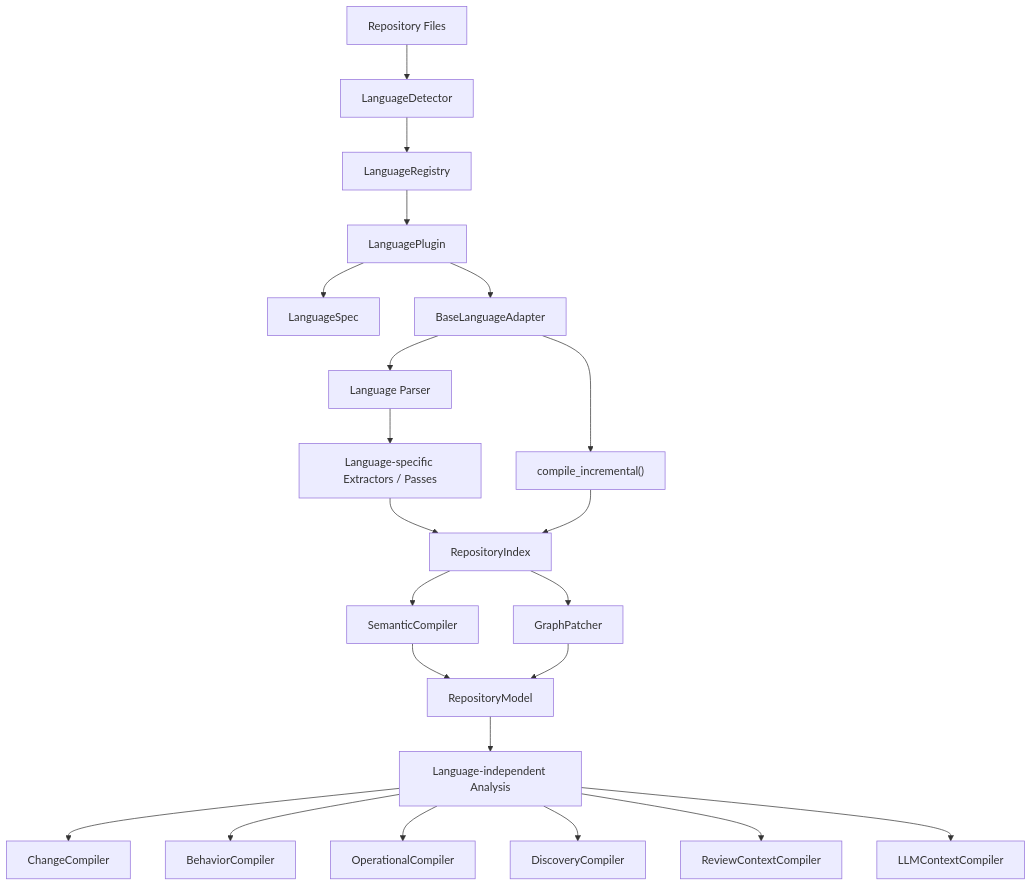
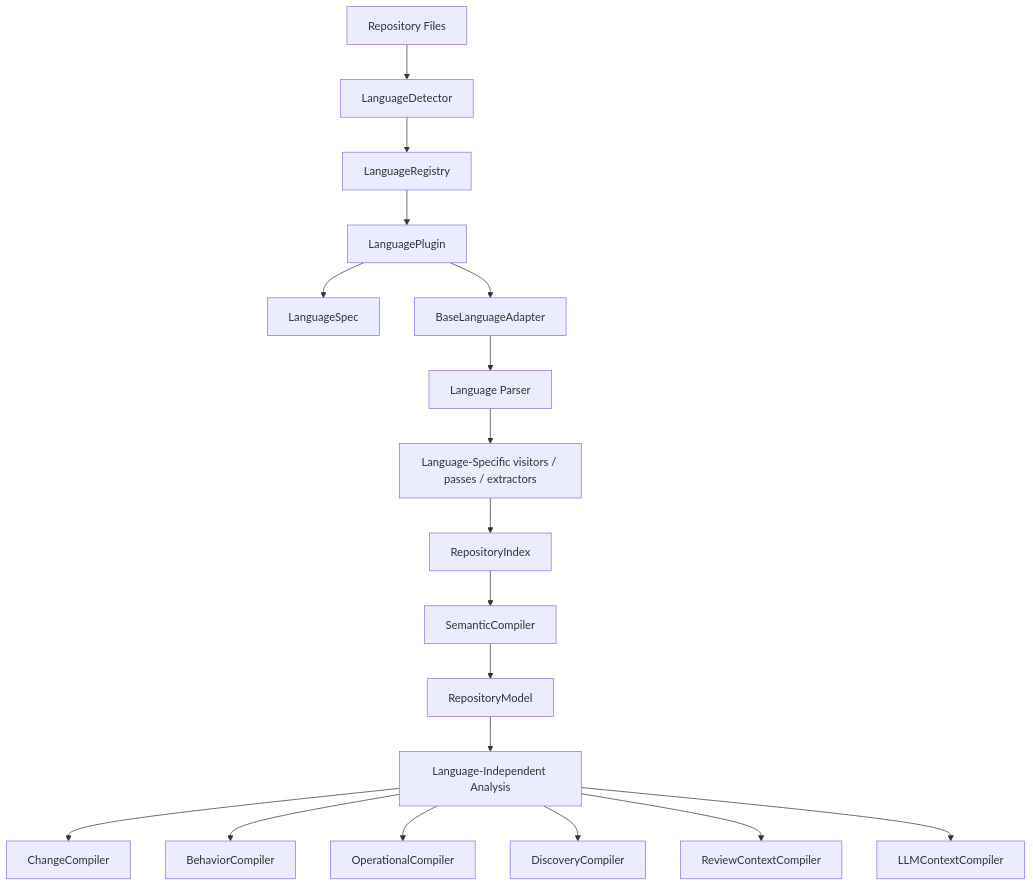
One commit to jishnusamal/cystatic-core changed the first of 2 diagrams in docs/architecture/adding-a-language.md. Above: the diagram before and after it, drawn with Mermaid. The commit also changed other lines of this file and 29 other files, not shown here.

Commit message:
feat: implement TypeScript language support including parser, call/type index passes, and modular extraction architecture.

````diff
--- a/docs/architecture/adding-a-language.md
+++ b/docs/architecture/adding-a-language.md
@@ -32,53 +15,46 @@
 ```mermaid
 flowchart TB
     Files["Repository Files"]
 
     Detection["LanguageDetector"]
     Registry["LanguageRegistry"]
     Plugin["LanguagePlugin"]
     Spec["LanguageSpec"]
     Adapter["BaseLanguageAdapter"]
     Parser["Language Parser"]
-    Extract["Language-specific Extractors / Passes"]
+    Extract["Language-Specific visitors / passes / extractors"]
     Index["RepositoryIndex"]
 
     Semantic["SemanticCompiler"]
     Model["RepositoryModel"]
-    Patch["GraphPatcher"]
-    Incremental["compile_incremental()"]
 
-    Analysis["Language-independent Analysis"]
+    Analysis["Language-Independent Analysis"]
     Change["ChangeCompiler"]
     Behavior["BehaviorCompiler"]
     Operational["OperationalCompiler"]
     Discovery["DiscoveryCompiler"]
     Review["ReviewContextCompiler"]
     LLM["LLMContextCompiler"]
 
     Files --> Detection
     Detection --> Registry
     Registry --> Plugin
     Plugin --> Spec
     Plugin --> Adapter
 
     Adapter --> Parser
     Parser --> Extract
     Extract --> Index
 
-    Adapter --> Incremental
-    Incremental --> Index
-    Index --> Patch
-
     Index --> Semantic
     Semantic --> Model
-    Patch --> Model
 
     Model --> Analysis
 
     Analysis --> Change
     Analysis --> Behavior
     Analysis --> Operational
     Analysis --> Discovery
     Analysis --> Review
     Analysis --> LLM
 ```
````
